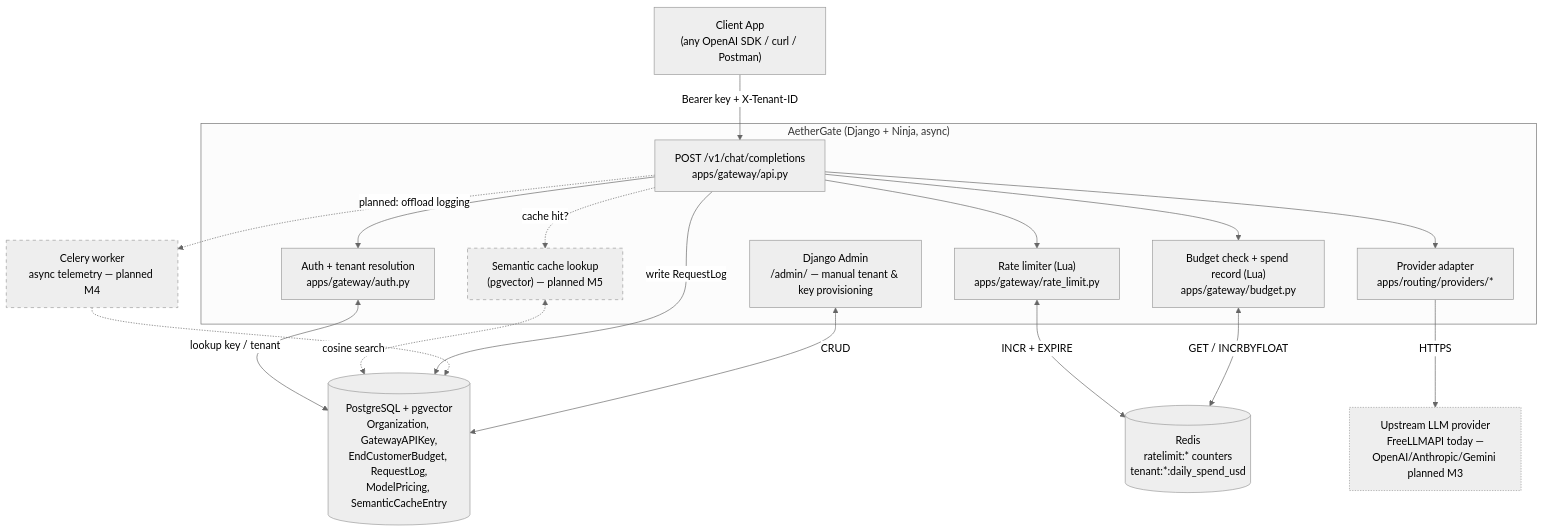
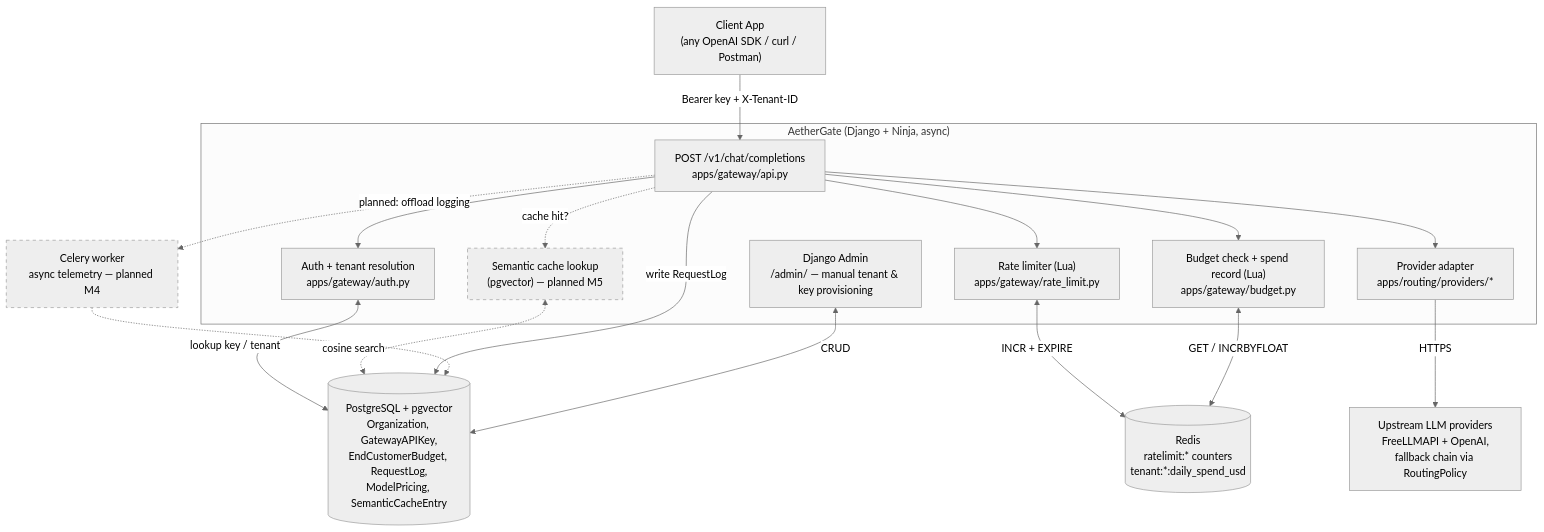
Before and after one commit to SANAT-01/AetherGate: the first of 2 diagrams in README.md, drawn with Mermaid (neutral theme). The commit also changed other lines of this file and 16 other files, not shown here.

````diff
--- a/README.md
+++ b/README.md
@@ -13,39 +13,38 @@
 ```mermaid
 flowchart TB
     Client["Client App<br/>(any OpenAI SDK / curl / Postman)"]
 
     subgraph gw["AetherGate (Django + Ninja, async)"]
         Router["POST /v1/chat/completions<br/>apps/gateway/api.py"]
         Auth["Auth + tenant resolution<br/>apps/gateway/auth.py"]
         RateLimit["Rate limiter (Lua)<br/>apps/gateway/rate_limit.py"]
         Budget["Budget check + spend record (Lua)<br/>apps/gateway/budget.py"]
         Provider["Provider adapter<br/>apps/routing/providers/*"]
         Cache["Semantic cache lookup<br/>(pgvector) — planned M5"]
         Admin["Django Admin<br/>/admin/ — manual tenant & key provisioning"]
     end
 
     Postgres[("PostgreSQL + pgvector<br/>Organization, GatewayAPIKey,<br/>EndCustomerBudget, RequestLog,<br/>ModelPricing, SemanticCacheEntry")]
     Redis[("Redis<br/>ratelimit:* counters<br/>tenant:*:daily_spend_usd")]
-    LLM["Upstream LLM provider<br/>FreeLLMAPI today —<br/>OpenAI/Anthropic/Gemini planned M3"]
+    LLM["Upstream LLM providers<br/>FreeLLMAPI + OpenAI,<br/>fallback chain via RoutingPolicy"]
     Celery["Celery worker<br/>async telemetry — planned M4"]
 
     Client -->|"Bearer key + X-Tenant-ID"| Router
     Router --> Auth
     Auth <-->|lookup key / tenant| Postgres
     Router --> RateLimit
     RateLimit <-->|INCR + EXPIRE| Redis
     Router --> Budget
     Budget <-->|GET / INCRBYFLOAT| Redis
     Router -.->|cache hit?| Cache
     Cache <-.->|cosine search| Postgres
     Router --> Provider
     Provider -->|HTTPS| LLM
     Router -->|write RequestLog| Postgres
     Router -.->|planned: offload logging| Celery
     Celery -.-> Postgres
     Admin <-->|CRUD| Postgres
 
     style Cache stroke-dasharray: 5 5
     style Celery stroke-dasharray: 5 5
-    style LLM stroke-dasharray: 2 2
 ```
````
